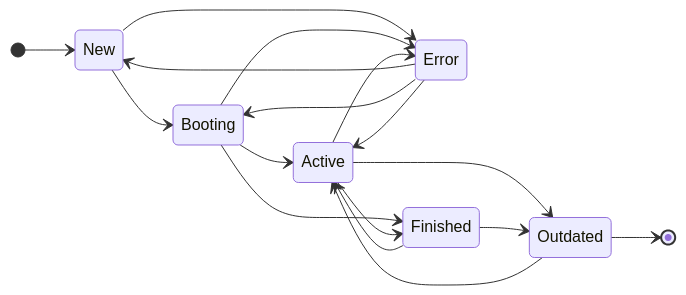
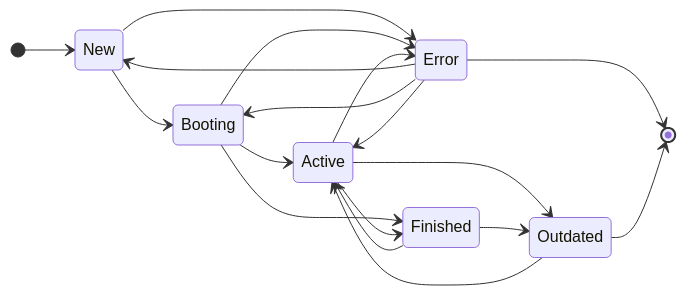
One commit to patchlevel/event-sourcing changed the diagram in docs/pages/projection.md. Above: the diagram before and after it, drawn with Mermaid. The commit also changed other lines of this file and 3 other files, not shown here.

````diff
--- a/docs/pages/projection.md
+++ b/docs/pages/projection.md
@@ -320,20 +320,21 @@
 ``` mermaid
 stateDiagram-v2
     direction LR
     [*] --> New
     New --> Booting
     New --> Error
     Booting --> Active
     Booting --> Finished
     Booting --> Error
     Active --> Finished
     Active --> Outdated
     Active --> Error
     Finished --> Active
     Finished --> Outdated
     Error --> New
     Error --> Booting
     Error --> Active
+    Error --> [*]
     Outdated --> Active
     Outdated --> [*]
 ```
````
